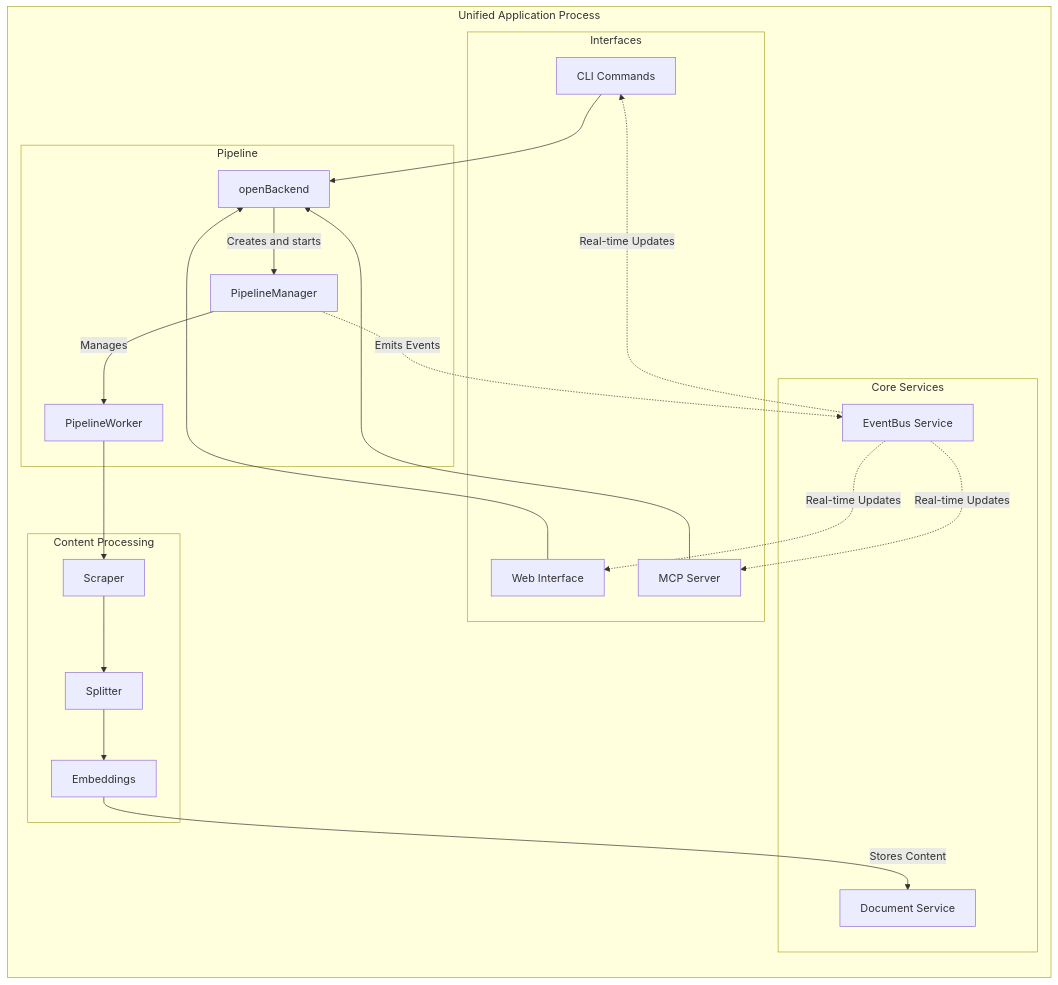
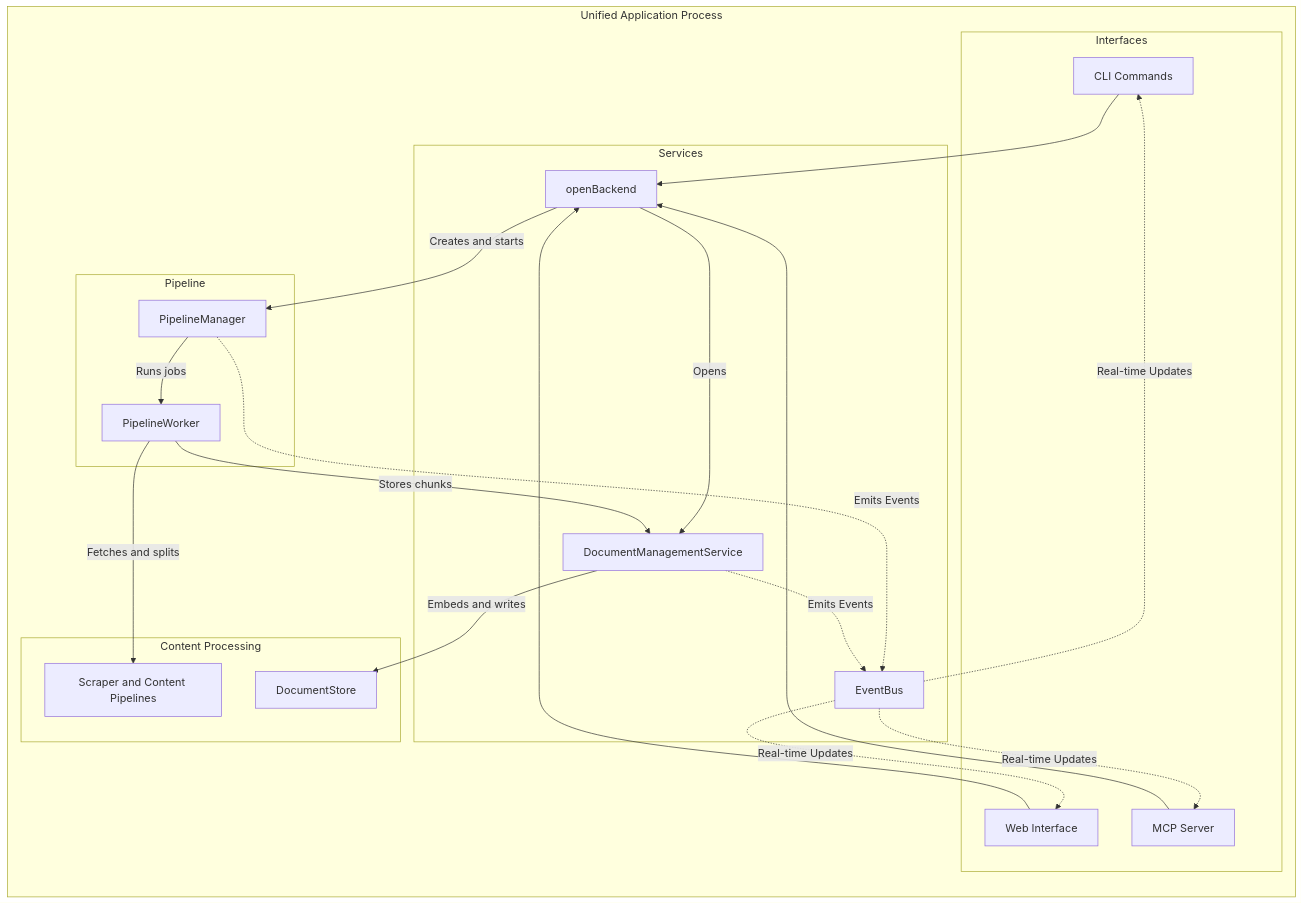
The first of 3 diagrams in ARCHITECTURE.md (arabold/docs-mcp-server), drawn with Mermaid before and after one commit. The commit also changed other lines of this file and 32 other files, not shown here.

````diff
--- a/ARCHITECTURE.md
+++ b/ARCHITECTURE.md
@@ -92,44 +55,41 @@
 ```mermaid
 graph TD
     subgraph "Unified Application Process"
         direction TB
 
         subgraph "Interfaces"
             CLI[CLI Commands]
             WEB[Web Interface]
             MCP[MCP Server]
         end
 
-        subgraph "Core Services"
-            EB[EventBus Service]
-            DOC[Document Service]
+        subgraph "Services"
+            BACKEND[openBackend]
+            DOC[DocumentManagementService]
+            EB[EventBus]
         end
 
         subgraph "Pipeline"
-            BACKEND[openBackend]
             MANAGER[PipelineManager]
             WORKER[PipelineWorker]
         end
 
         subgraph "Content Processing"
-            SCRAPER[Scraper]
-            SPLITTER[Splitter]
-            EMBEDDER[Embeddings]
+            SCRAPER[Scraper and Content Pipelines]
+            STORE[DocumentStore]
         end
 
         %% Command Flow
         CLI & WEB & MCP --> BACKEND
+        BACKEND -->|Opens| DOC
         BACKEND -->|Creates and starts| MANAGER
-        MANAGER -->|Manages| WORKER
-        WORKER --> SCRAPER
-        SCRAPER --> SPLITTER
-        SPLITTER --> EMBEDDER
+        MANAGER -->|Runs jobs| WORKER
+        WORKER -->|Fetches and splits| SCRAPER
+        WORKER -->|Stores chunks| DOC
+        DOC -->|Embeds and writes| STORE
 
         %% Event Flow
-        MANAGER -.->|Emits Events| EB
+        MANAGER & DOC -.->|Emits Events| EB
         EB -.->|Real-time Updates| CLI & WEB & MCP
-
-        %% Data Flow
-        EMBEDDER -->|Stores Content| DOC
     end
 ```
````
